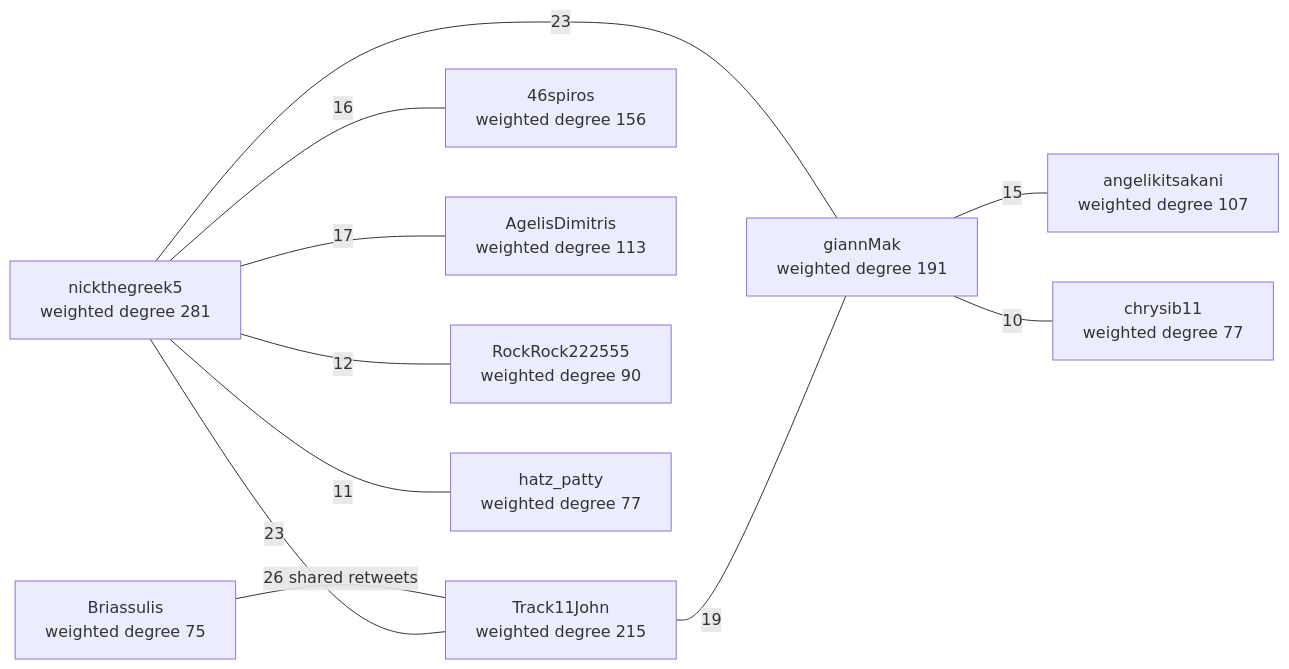
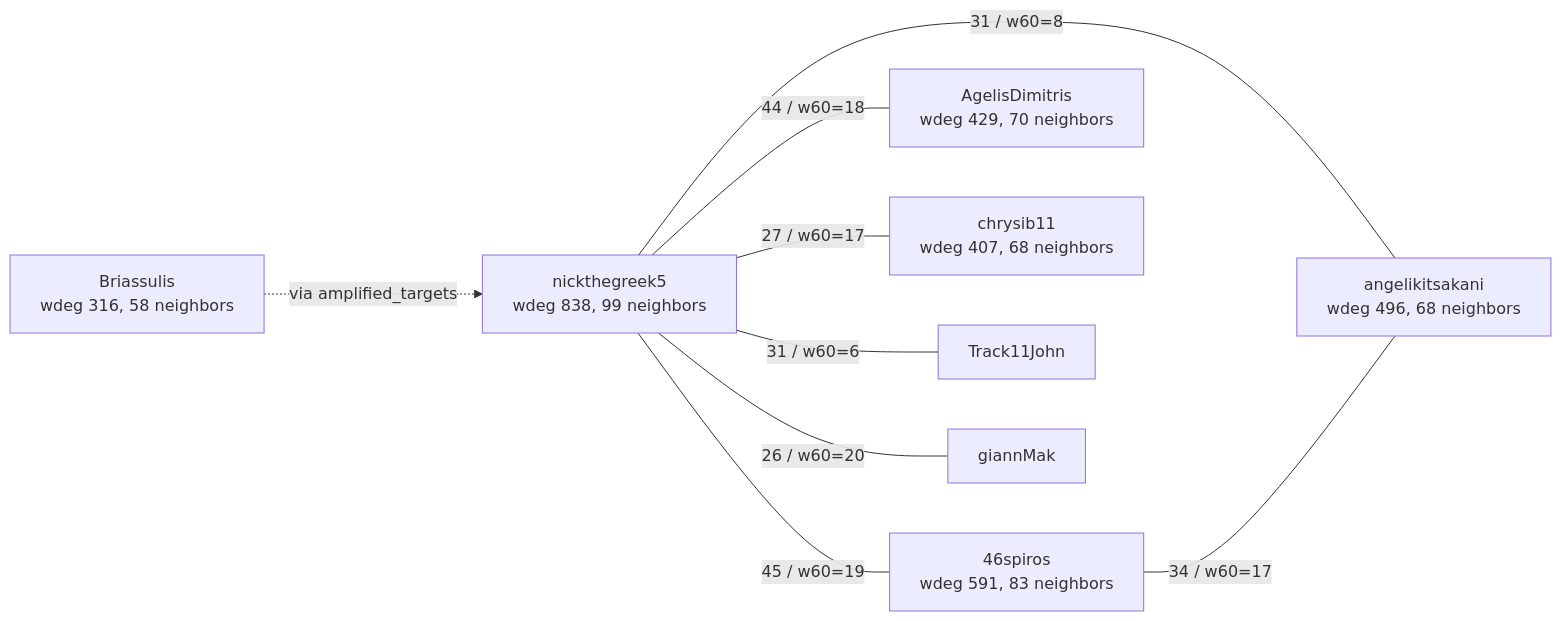
One commit to idominikosgr/zerosixty changed the second of 6 diagrams in post_mortem.md. Above: the diagram before and after it, drawn with Mermaid. The commit also changed other lines of this file, not shown here.

````diff
--- a/post_mortem.md
+++ b/post_mortem.md
@@ -191,24 +312,20 @@
 ```mermaid
 graph LR
-    nick["nickthegreek5\nweighted degree 281"]
-    t11["Track11John\nweighted degree 215"]
-    giann["giannMak\nweighted degree 191"]
-    s46["46spiros\nweighted degree 156"]
-    agel["AgelisDimitris\nweighted degree 113"]
-    angel["angelikitsakani\nweighted degree 107"]
-    bri["Briassulis\nweighted degree 75"]
-    rock["RockRock222555\nweighted degree 90"]
-    hatz["hatz_patty\nweighted degree 77"]
-    chrys["chrysib11\nweighted degree 77"]
+    nick["nickthegreek5\nwdeg 838, 99 neighbors"]
+    s46["46spiros\nwdeg 591, 83 neighbors"]
+    angel["angelikitsakani\nwdeg 496, 68 neighbors"]
+    agel["AgelisDimitris\nwdeg 429, 70 neighbors"]
+    chrys["chrysib11\nwdeg 407, 68 neighbors"]
+    bri["Briassulis\nwdeg 316, 58 neighbors"]
+    t11["Track11John"]
+    giann["giannMak"]
 
-    bri ---|"26 shared retweets"| t11
-    nick ---|"23"| t11
-    nick ---|"23"| giann
-    t11 ---|"19"| giann
-    nick ---|"17"| agel
-    nick ---|"16"| s46
-    giann ---|"15"| angel
-    nick ---|"12"| rock
-    nick ---|"11"| hatz
-    giann ---|"10"| chrys
+    nick ---|"45 / w60=19"| s46
+    nick ---|"44 / w60=18"| agel
+    nick ---|"31 / w60=8"| angel
+    s46 ---|"34 / w60=17"| angel
+    nick ---|"27 / w60=17"| chrys
+    nick ---|"26 / w60=20"| giann
+    nick ---|"31 / w60=6"| t11
+    bri -.->|"via amplified_targets"| nick
 ```
````
